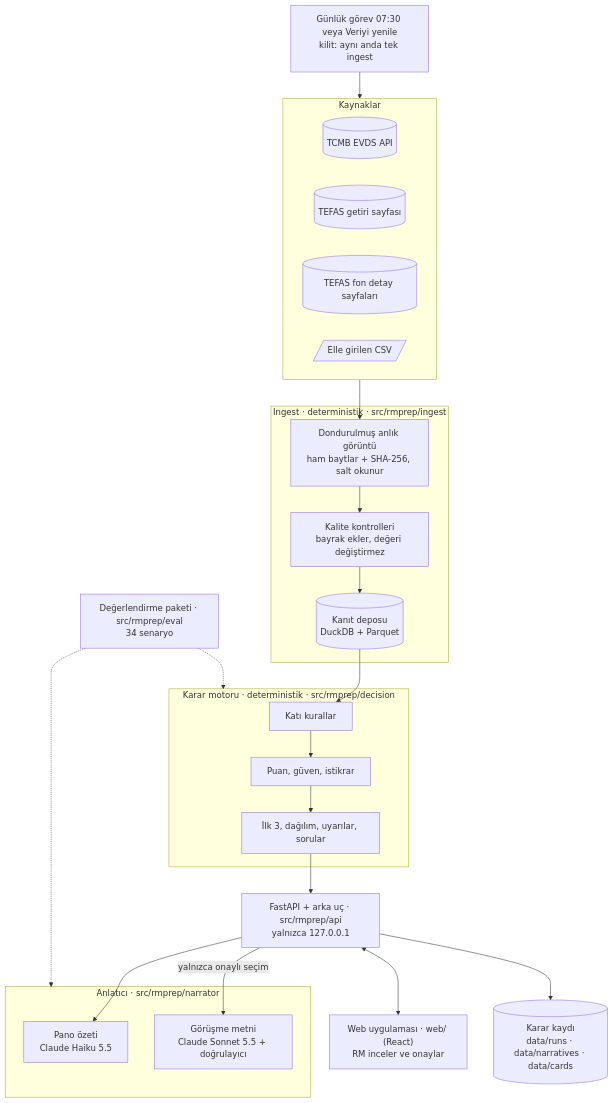
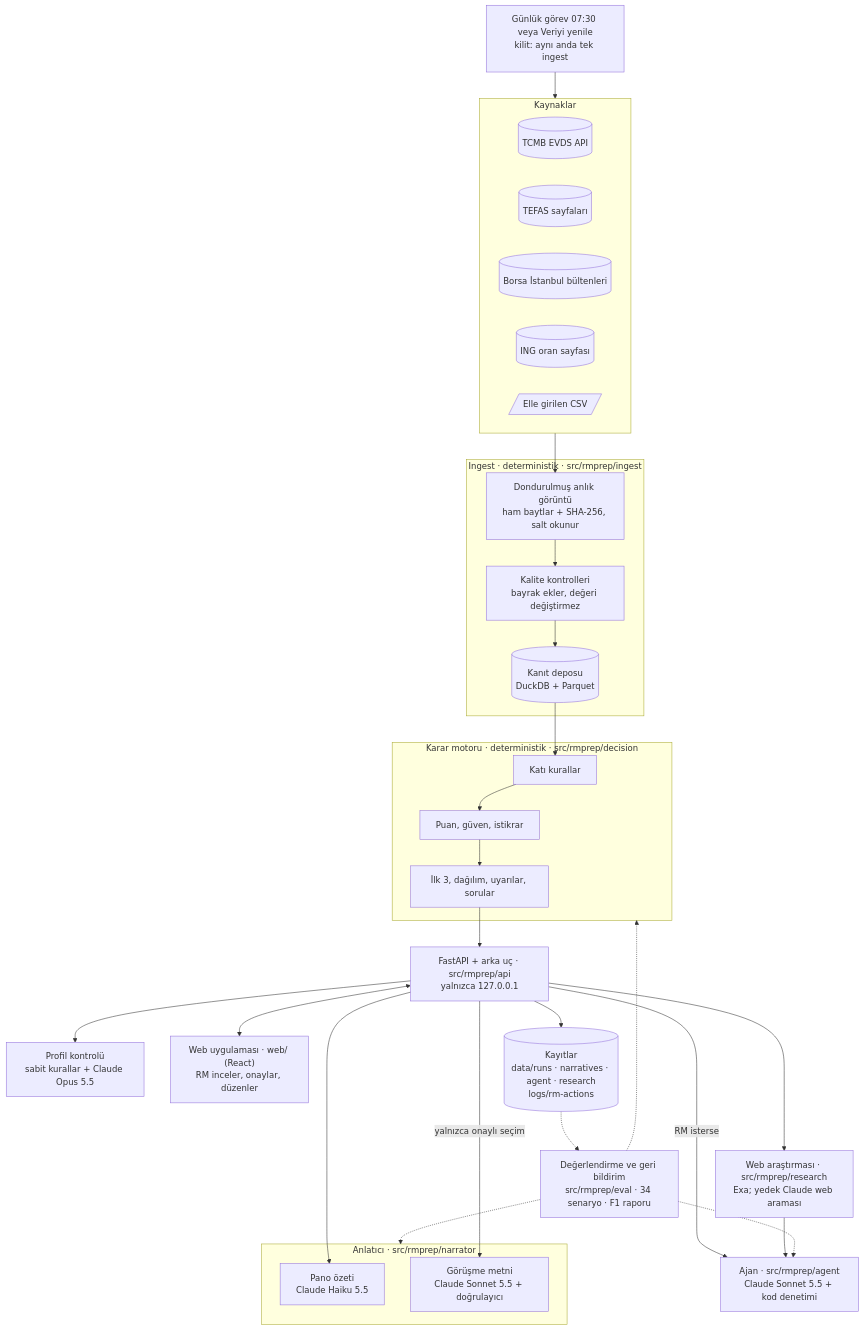
Before and after one commit to ArdahanDogru/ing-hackathon-rm-prep: the third of 6 diagrams in README.md, drawn with Mermaid. The commit also changed other lines of this file, not shown here.

Commit message:
README: current state for the brief's 8 sections (sources incl. BIST, ING page, Exa; 8 criteria and weight rationale; agent, profile check and approval gates; eval n12 and agent eval; found-and-fixed; rule compliance table)

````diff
--- a/README.md
+++ b/README.md
@@ -154,37 +241,47 @@
 ```mermaid
 flowchart TB
     JOB["Günlük görev 07:30 veya Veriyi yenile<br/>kilit: aynı anda tek ingest"]
     subgraph SRC["Kaynaklar"]
         direction LR
         EVDS[("TCMB EVDS API")]
-        TW[("TEFAS getiri sayfası")]
-        TD[("TEFAS fon detay sayfaları")]
+        TW[("TEFAS sayfaları")]
+        BIST[("Borsa İstanbul bültenleri")]
+        INGW[("ING oran sayfası")]
         MAN[/"Elle girilen CSV"/]
     end
     subgraph ING["Ingest · deterministik · src/rmprep/ingest"]
         SNAP["Dondurulmuş anlık görüntü<br/>ham baytlar + SHA-256, salt okunur"]
         QC["Kalite kontrolleri<br/>bayrak ekler, değeri değiştirmez"]
         DB[("Kanıt deposu<br/>DuckDB + Parquet")]
         SNAP --> QC --> DB
     end
     subgraph DEC["Karar motoru · deterministik · src/rmprep/decision"]
         RULES["Katı kurallar"] --> SCORE["Puan, güven, istikrar"] --> TOP["İlk 3, dağılım, uyarılar, sorular"]
     end
     API["FastAPI + arka uç · src/rmprep/api<br/>yalnızca 127.0.0.1"]
+    PROF["Profil kontrolü<br/>sabit kurallar + Claude Opus 5.5"]
+    RES["Web araştırması · src/rmprep/research<br/>Exa; yedek Claude web araması"]
+    AGT["Ajan · src/rmprep/agent<br/>Claude Sonnet 5.5 + kod denetimi"]
     subgraph NAR["Anlatıcı · src/rmprep/narrator"]
         BRIEF["Pano özeti<br/>Claude Haiku 5.5"]
         TEXT["Görüşme metni<br/>Claude Sonnet 5.5 + doğrulayıcı"]
     end
-    WEB["Web uygulaması · web/ (React)<br/>RM inceler ve onaylar"]
-    REC[("Karar kaydı<br/>data/runs · data/narratives · data/cards")]
-    EVAL["Değerlendirme paketi · src/rmprep/eval<br/>34 senaryo"]
+    WEB["Web uygulaması · web/ (React)<br/>RM inceler, onaylar, düzenler"]
+    REC[("Kayıtlar<br/>data/runs · narratives · agent · research<br/>logs/rm-actions")]
+    EVAL["Değerlendirme ve geri bildirim<br/>src/rmprep/eval · 34 senaryo · F1 raporu"]
     JOB --> SRC --> SNAP
     DB --> RULES
     TOP --> API
     API <--> WEB
+    API --> PROF
+    API --> RES
+    API -- "RM isterse" --> AGT
+    RES --> AGT
     API --> BRIEF
     API -- "yalnızca onaylı seçim" --> TEXT
     API --> REC
     EVAL -.-> DEC
     EVAL -.-> NAR
+    EVAL -.-> AGT
+    REC -.-> EVAL
 ```
````
